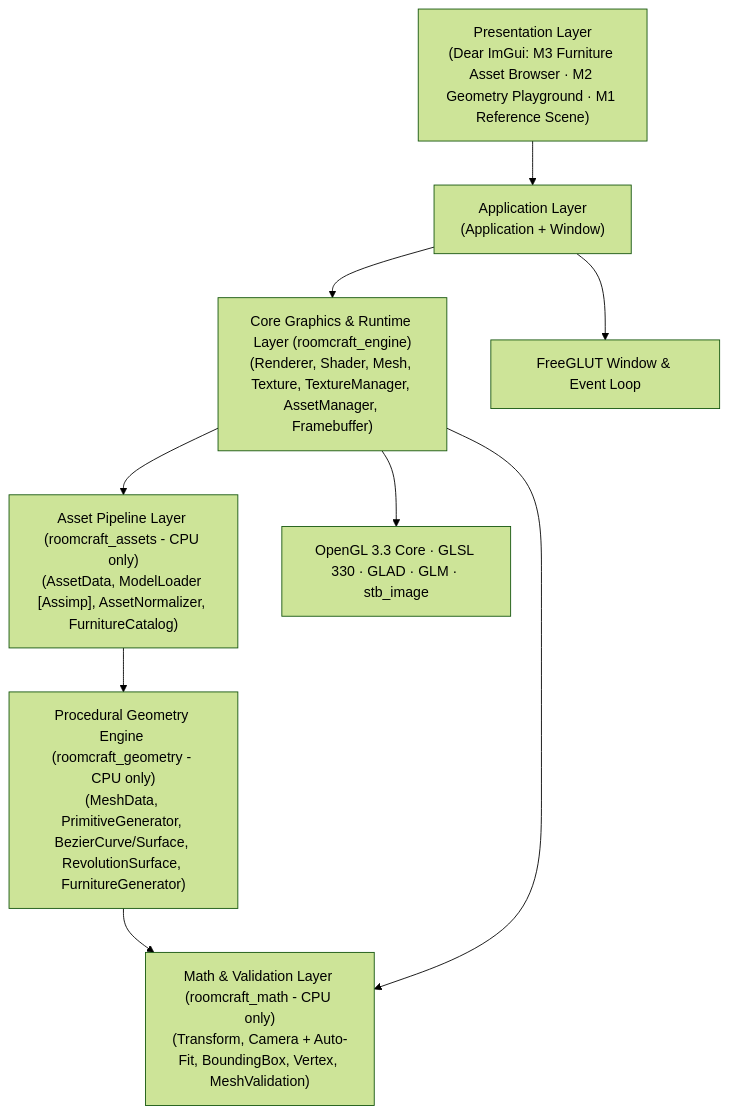
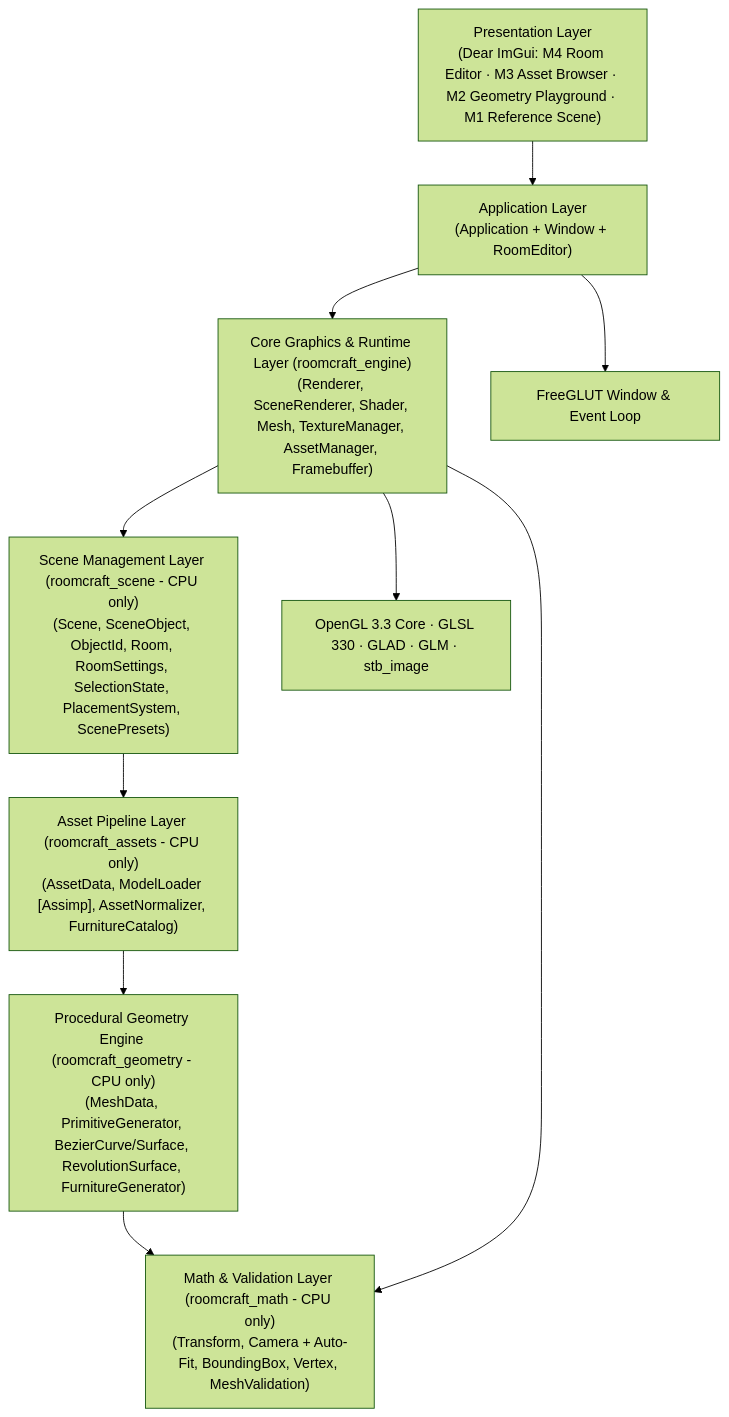
Before and after one commit to Eddy-hoang/Room-craft-3d: the diagram in docs/ARCHITECTURE.md, drawn with Mermaid (forest theme). The commit also changed other lines of this file and 37 other files, not shown here.

Commit message:
M4 — Scene Management & Room Editor

````diff
--- a/docs/ARCHITECTURE.md
+++ b/docs/ARCHITECTURE.md
@@ -5,11 +5,12 @@
 ```mermaid
 flowchart TD
-    UI["Presentation Layer\n(Dear ImGui: M3 Furniture Asset Browser · M2 Geometry Playground · M1 Reference Scene)"] --> APP["Application Layer\n(Application + Window)"]
-    APP --> GFX["Core Graphics & Runtime Layer (roomcraft_engine)\n(Renderer, Shader, Mesh, Texture, TextureManager, AssetManager, Framebuffer)"]
-    GFX --> ASSETS["Asset Pipeline Layer (roomcraft_assets - CPU only)\n(AssetData, ModelLoader [Assimp], AssetNormalizer, FurnitureCatalog)"]
+    UI["Presentation Layer\n(Dear ImGui: M4 Room Editor · M3 Asset Browser · M2 Geometry Playground · M1 Reference Scene)"] --> APP["Application Layer\n(Application + Window + RoomEditor)"]
+    APP --> GFX["Core Graphics & Runtime Layer (roomcraft_engine)\n(Renderer, SceneRenderer, Shader, Mesh, TextureManager, AssetManager, Framebuffer)"]
+    GFX --> SCENE["Scene Management Layer (roomcraft_scene - CPU only)\n(Scene, SceneObject, ObjectId, Room, RoomSettings, SelectionState, PlacementSystem, ScenePresets)"]
+    SCENE --> ASSETS["Asset Pipeline Layer (roomcraft_assets - CPU only)\n(AssetData, ModelLoader [Assimp], AssetNormalizer, FurnitureCatalog)"]
     ASSETS --> GEO["Procedural Geometry Engine (roomcraft_geometry - CPU only)\n(MeshData, PrimitiveGenerator, BezierCurve/Surface, RevolutionSurface, FurnitureGenerator)"]
     GEO --> MATH["Math & Validation Layer (roomcraft_math - CPU only)\n(Transform, Camera + Auto-Fit, BoundingBox, Vertex, MeshValidation)"]
     GFX --> MATH
     GFX --> GL["OpenGL 3.3 Core · GLSL 330 · GLAD · GLM · stb_image"]
     APP --> GLUT["FreeGLUT Window & Event Loop"]
 ```
````
